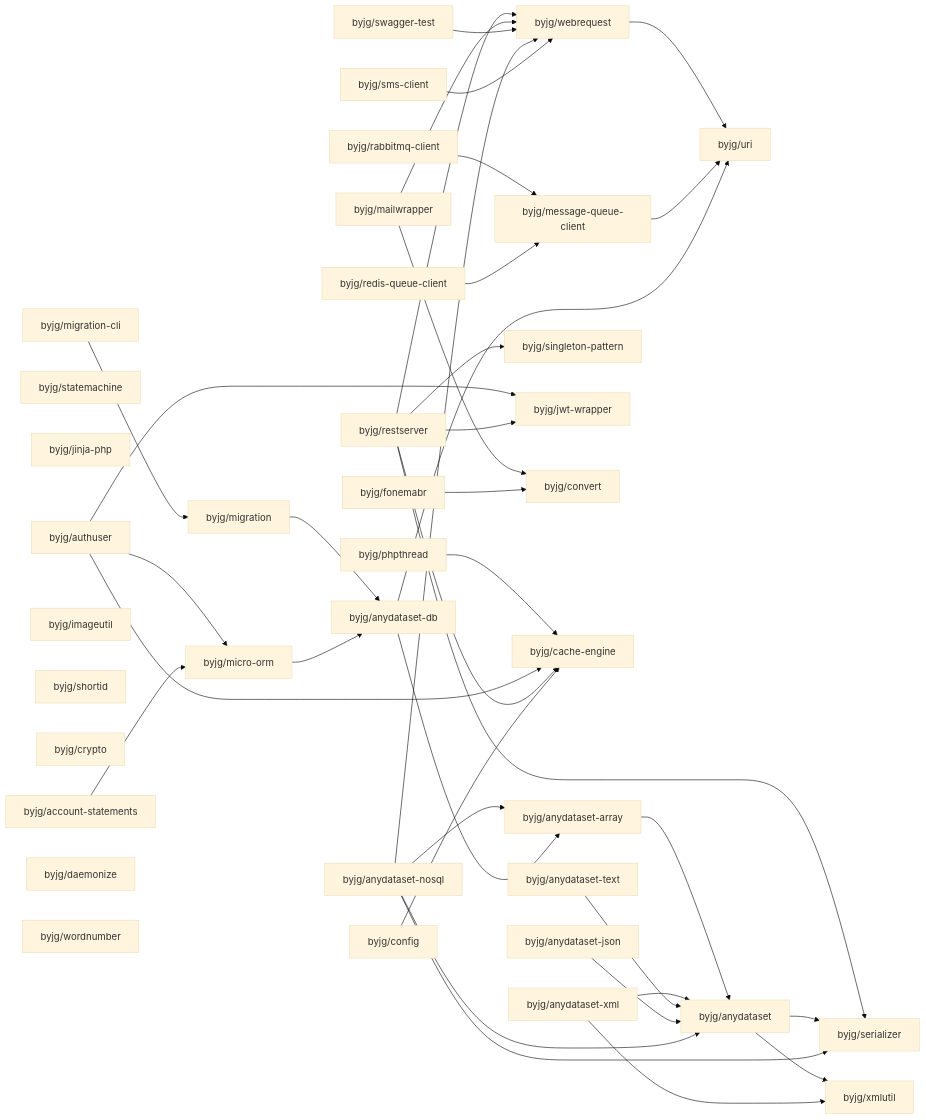
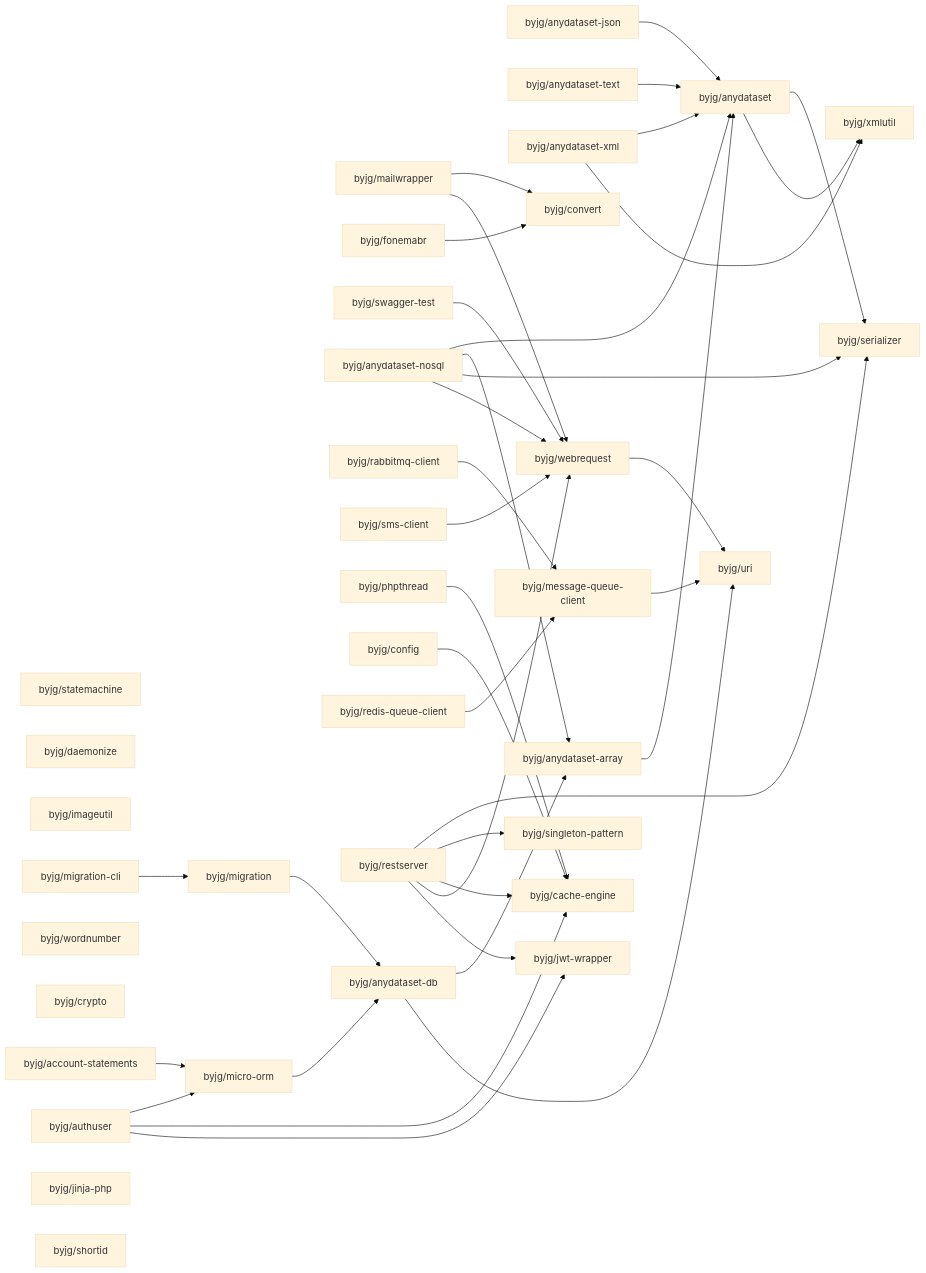
One commit to byjg/byjg.github.io changed the diagram in docs/php/README.md. Above: the diagram before and after it, drawn with Mermaid (base theme). The commit also changed other lines of this file, not shown here.

Commit message:
Update documentation 'php' 'php-anydataset-array'

````diff
--- a/docs/php/README.md
+++ b/docs/php/README.md
@@ -3,76 +3,76 @@
 ```mermaid
 graph LR;
-  byjg/restserver;
-  byjg/migration-cli;
-  byjg/anydataset-nosql;
   byjg/statemachine;
-  byjg/anydataset-text;
-  byjg/jinja-php;
-  byjg/authuser;
+  byjg/daemonize;
+  byjg/anydataset-json;
   byjg/mailwrapper;
   byjg/imageutil;
+  byjg/fonemabr;
+  byjg/authuser;
+  byjg/wordnumber;
+  byjg/anydataset-text;
+  byjg/crypto;
   byjg/swagger-test;
+  byjg/anydataset-nosql;
+  byjg/rabbitmq-client;
+  byjg/account-statements;
+  byjg/migration-cli;
+  byjg/sms-client;
+  byjg/phpthread;
+  byjg/anydataset-xml;
+  byjg/config;
+  byjg/redis-queue-client;
+  byjg/jinja-php;
   byjg/shortid;
-  byjg/anydataset-xml;
-  byjg/rabbitmq-client;
-  byjg/fonemabr;
-  byjg/crypto;
-  byjg/config;
-  byjg/phpthread;
-  byjg/sms-client;
-  byjg/anydataset-json;
-  byjg/account-statements;
-  byjg/daemonize;
-  byjg/redis-queue-client;
-  byjg/wordnumber;
+  byjg/restserver;
+  byjg/convert;
+  byjg/micro-orm;
+  byjg/migration;
+  byjg/message-queue-client;
   byjg/singleton-pattern;
-  byjg/migration;
-  byjg/jwt-wrapper;
-  byjg/convert;
   byjg/cache-engine;
   byjg/webrequest;
-  byjg/micro-orm;
-  byjg/message-queue-client;
+  byjg/jwt-wrapper;
   byjg/anydataset-db;
   byjg/anydataset-array;
   byjg/uri;
   byjg/anydataset;
   byjg/serializer;
   byjg/xmlutil;
   byjg/phpthread --> byjg/cache-engine;
   byjg/authuser --> byjg/micro-orm;
   byjg/authuser --> byjg/cache-engine;
   byjg/authuser --> byjg/jwt-wrapper;
   byjg/anydataset-array --> byjg/anydataset;
   byjg/restserver --> byjg/serializer;
   byjg/restserver --> byjg/singleton-pattern;
   byjg/restserver --> byjg/cache-engine;
   byjg/restserver --> byjg/webrequest;
   byjg/restserver --> byjg/jwt-wrapper;
   byjg/mailwrapper --> byjg/convert;
   byjg/mailwrapper --> byjg/webrequest;
   byjg/swagger-test --> byjg/webrequest;
   byjg/migration --> byjg/anydataset-db;
   byjg/account-statements --> byjg/micro-orm;
   byjg/anydataset --> byjg/serializer;
   byjg/anydataset --> byjg/xmlutil;
   byjg/fonemabr --> byjg/convert;
   byjg/anydataset-xml --> byjg/anydataset;
   byjg/anydataset-xml --> byjg/xmlutil;
   byjg/webrequest --> byjg/uri;
   byjg/config --> byjg/cache-engine;
   byjg/migration-cli --> byjg/migration;
   byjg/anydataset-text --> byjg/anydataset;
   byjg/micro-orm --> byjg/anydataset-db;
   byjg/message-queue-client --> byjg/uri;
   byjg/anydataset-json --> byjg/anydataset;
   byjg/anydataset-nosql --> byjg/anydataset;
   byjg/anydataset-nosql --> byjg/anydataset-array;
   byjg/anydataset-nosql --> byjg/serializer;
   byjg/anydataset-nosql --> byjg/webrequest;
   byjg/anydataset-db --> byjg/anydataset-array;
   byjg/anydataset-db --> byjg/uri;
   byjg/rabbitmq-client --> byjg/message-queue-client;
   byjg/redis-queue-client --> byjg/message-queue-client;
   byjg/sms-client --> byjg/webrequest;
 ```
````
